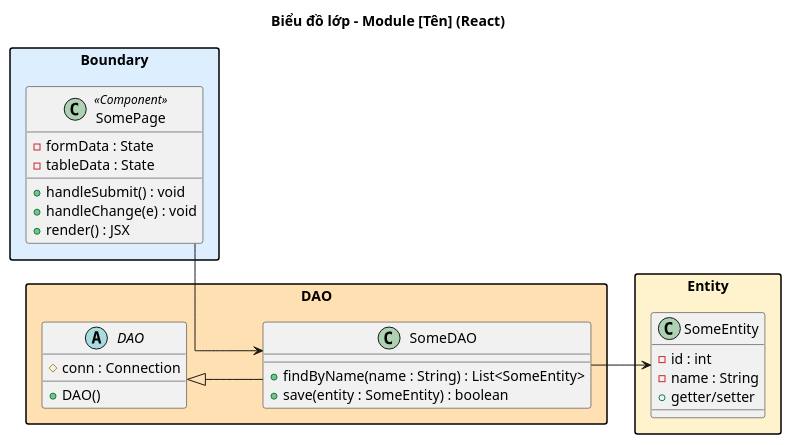
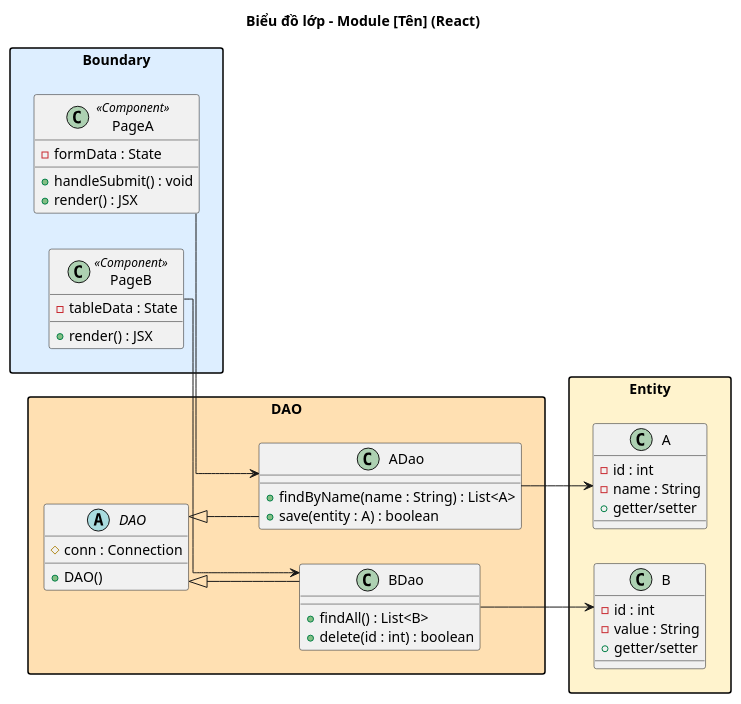
One commit to thanhtrnnn/cnpm changed the third of 4 diagrams in .claude/skills/cnpm/SKILL.md. Above: the diagram before and after it, drawn with PlantUML. The commit also changed other lines of this file, not shown here.

First line of the commit message:
fix: BCE class diagram horizontal layout with together blocks

````diff
--- a/.claude/skills/cnpm/SKILL.md
+++ b/.claude/skills/cnpm/SKILL.md
@@ -299,40 +327,60 @@
 ```plantuml
 @startuml
 left to right direction
 skinparam linetype ortho
 skinparam packageStyle rectangle
+skinparam packageMaxWidth 800
 title Biểu đồ lớp – Module [Tên] (React)
 
 package "Boundary" #DDEEFF {
-  class SomePage <<Component>> {
-    -formData : State
-    -tableData : State
-    +handleSubmit() : void
-    +handleChange(e) : void
-    +render() : JSX
+  together {
+    class PageA <<Component>> {
+      -formData : State
+      +handleSubmit() : void
+      +render() : JSX
+    }
+    class PageB <<Component>> {
+      -tableData : State
+      +render() : JSX
+    }
   }
 }
 
 package "DAO" #FFE0B2 {
   abstract class DAO {
     #conn : Connection
     +DAO()
   }
-  class SomeDAO extends DAO {
-    +findByName(name : String) : List<SomeEntity>
-    +save(entity : SomeEntity) : boolean
+  together {
+    class ADao extends DAO {
+      +findByName(name : String) : List<A>
+      +save(entity : A) : boolean
+    }
+    class BDao extends DAO {
+      +findAll() : List<B>
+      +delete(id : int) : boolean
+    }
   }
 }
 
 package "Entity" #FFF3CD {
-  class SomeEntity {
-    -id : int
-    -name : String
-    +getter/setter
+  together {
+    class A {
+      -id : int
+      -name : String
+      +getter/setter
+    }
+    class B {
+      -id : int
+      -value : String
+      +getter/setter
+    }
   }
 }
 
-SomePage --> SomeDAO
-SomeDAO --> SomeEntity
+PageA --> ADao
+PageB --> BDao
+ADao --> A
+BDao --> B
 @enduml
 ```
````
